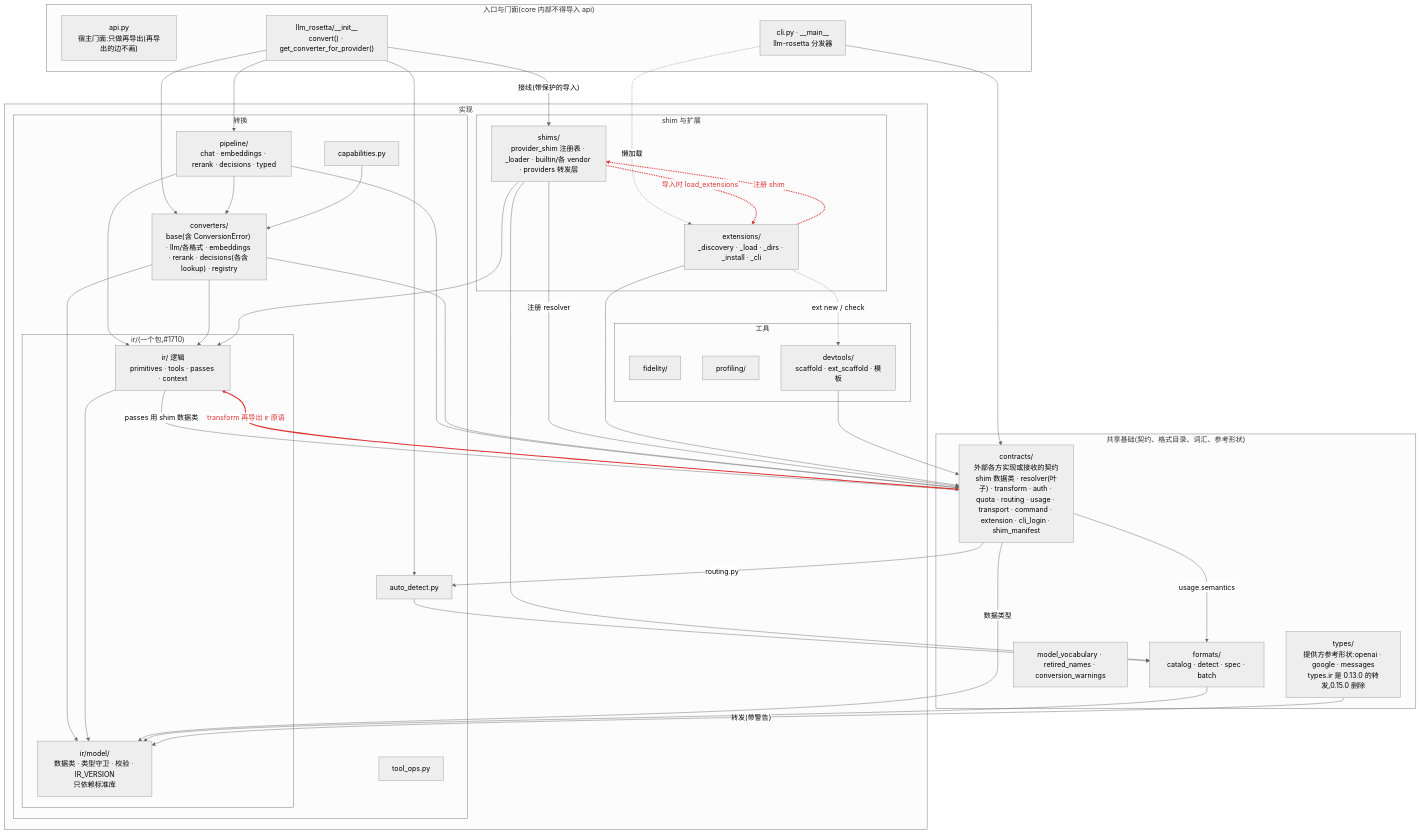
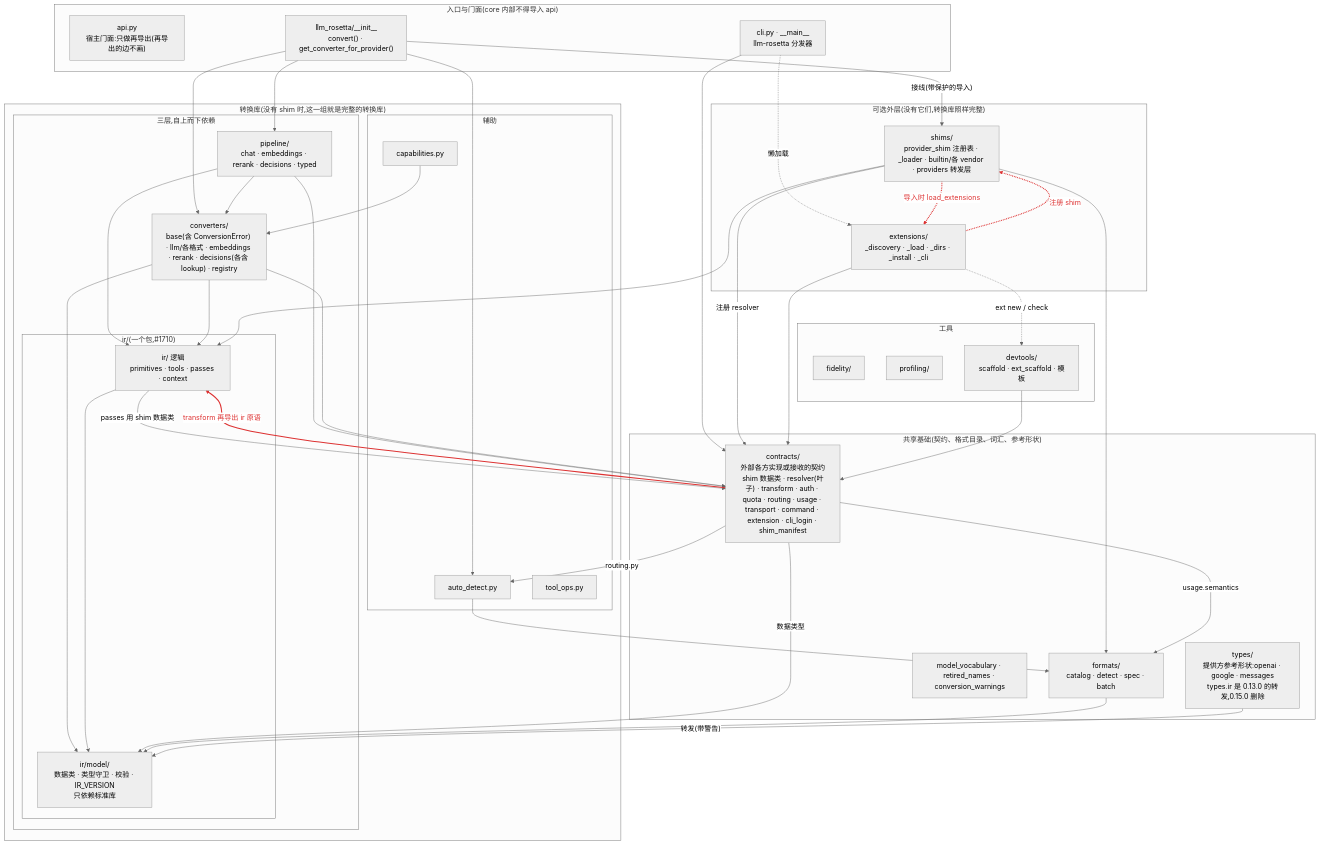
One commit to Oaklight/llm-rosetta changed the diagram in core.mmd. Above: the diagram before and after it, drawn with Mermaid (neutral theme). The commit also changed 5 other files, not shown here.

First line of the commit message:
docs: regroup the core diagrams as conversion tiers, optional layer and foundation

```diff
--- a/core.mmd
+++ b/core.mmd
@@ -1,70 +1,72 @@
 flowchart TB
   subgraph FACADE["入口与门面(core 内部不得导入 api)"]
     API["api.py<br/>宿主门面:只做再导出(再导出的边不画)"]
     INIT["llm_rosetta/__init__<br/>convert() · get_converter_for_provider()"]
     CLI["cli.py · __main__<br/>llm-rosetta 分发器"]
   end
-  subgraph IMPL["实现"]
-    subgraph CONV["转换"]
-      subgraph IRCORE["ir/(一个包,#1710)"]
-        IRMODEL["ir/model/<br/>数据类 · 类型守卫 · 校验 · IR_VERSION<br/>只依赖标准库"]
-        IROPS["ir/ 逻辑<br/>primitives · tools · passes · context"]
-      end
+  subgraph CORE["转换库(没有 shim 时,这一组就是完整的转换库)"]
+    subgraph TIERS["三层,自上而下依赖"]
       PIPE["pipeline/<br/>chat · embeddings · rerank · decisions · typed"]
       CVT["converters/<br/>base(含 ConversionError) · llm/各格式 · embeddings · rerank · decisions(各含 lookup) · registry"]
+      subgraph IRCORE["ir/(一个包,#1710)"]
+        IROPS["ir/ 逻辑<br/>primitives · tools · passes · context"]
+        IRMODEL["ir/model/<br/>数据类 · 类型守卫 · 校验 · IR_VERSION<br/>只依赖标准库"]
+      end
+    end
+    subgraph SIDE["辅助"]
       DET["auto_detect.py"]
       CAP["capabilities.py"]
       TOOL["tool_ops.py"]
     end
-    subgraph SHIMEXT["shim 与扩展"]
-      SHIM["shims/<br/>provider_shim 注册表 · _loader · builtin/各 vendor · providers 转发层"]
-      EXTS["extensions/<br/>_discovery · _load · _dirs · _install · _cli"]
-    end
-    subgraph TOOLS["工具"]
-      FID["fidelity/"]
-      PROF["profiling/"]
-      DEV["devtools/<br/>scaffold · ext_scaffold · 模板"]
-    end
+  end
+  subgraph OPT["可选外层(没有它们,转换库照样完整)"]
+    SHIM["shims/<br/>provider_shim 注册表 · _loader · builtin/各 vendor · providers 转发层"]
+    EXTS["extensions/<br/>_discovery · _load · _dirs · _install · _cli"]
   end
   subgraph FOUND["共享基础(契约、格式目录、词汇、参考形状)"]
     CON["contracts/<br/>外部各方实现或接收的契约<br/>shim 数据类 · resolver(叶子) · transform · auth · quota · routing · usage · transport · command · extension · cli_login · shim_manifest"]
     FMT["formats/<br/>catalog · detect · spec · batch"]
     VOCAB["model_vocabulary · retired_names · conversion_warnings"]
     REF["types/<br/>提供方参考形状:openai · google · messages<br/>types.ir 是 0.13.0 的转发,0.15.0 删除"]
+  end
+  subgraph TOOLS["工具"]
+    FID["fidelity/"]
+    PROF["profiling/"]
+    DEV["devtools/<br/>scaffold · ext_scaffold · 模板"]
   end
 
 
   INIT --> PIPE
   INIT --> CVT
   INIT -->|"接线(带保护的导入)"| SHIM
   INIT --> DET
   CLI --> CON
   CLI -.->|"懒加载"| EXTS
   PIPE --> CVT
   PIPE --> IROPS
   PIPE --> CON
   CVT --> IROPS
   CVT --> IRMODEL
   CVT --> CON
   IROPS --> IRMODEL
   IROPS -->|"passes 用 shim 数据类"| CON
   SHIM --> IROPS
   SHIM -->|"注册 resolver"| CON
   SHIM --> FMT
   SHIM -.->|"导入时 load_extensions"| EXTS
   EXTS -.->|"注册 shim"| SHIM
   EXTS --> CON
   EXTS -.->|"ext new / check"| DEV
   CON -->|"数据类型"| IRMODEL
   CON -->|"usage.semantics"| FMT
   CON -->|"routing.py"| DET
   CON -->|"transform 再导出 ir 原语"| IROPS
   DET --> FMT
   FMT --> IRMODEL
   CAP --> CVT
   DEV --> CON
   REF -->|"转发(带警告)"| IRMODEL
 
   linkStyle 17 stroke:#d33,stroke-width:2.5px,color:#d33
   linkStyle 18 stroke:#d33,stroke-width:2.5px,color:#d33
   linkStyle 24 stroke:#d33,stroke-width:2.5px,color:#d33
```
